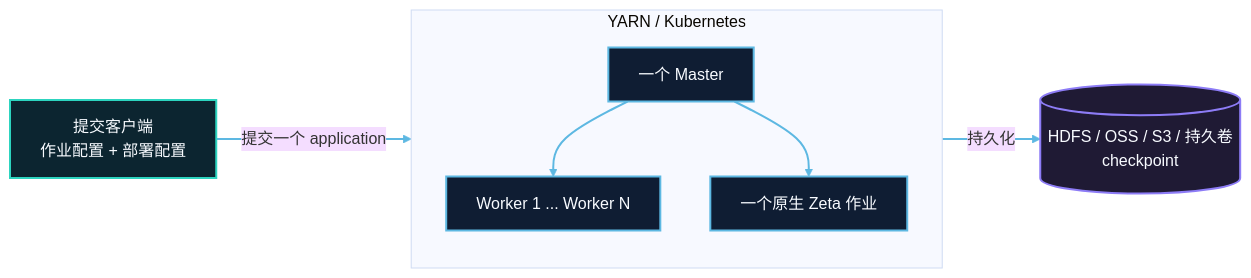
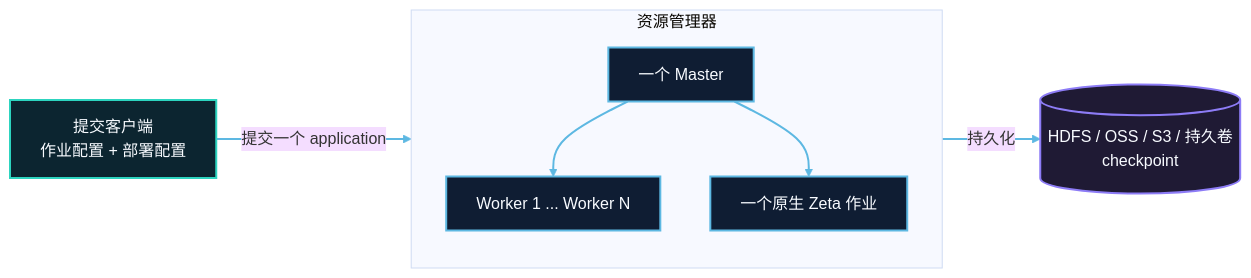
The diagram in docs/zh/getting-started/application/overview.md (apache/seatunnel), drawn with Mermaid (base theme) before and after one commit. The commit also changed 3 other files, not shown here.

Commit message:
[Docs][Zeta] Use resource manager in the application mode architecture diagram

````diff
--- a/docs/zh/getting-started/application/overview.md
+++ b/docs/zh/getting-started/application/overview.md
@@ -12,26 +12,26 @@
 ```mermaid
 flowchart LR
     client["提交客户端<br/>作业配置 + 部署配置"]
 
-    subgraph platform["YARN / Kubernetes"]
+    subgraph platform["资源管理器"]
         direction TB
         master["一个 Master"]
         workers["Worker 1 ... Worker N"]
         job["一个原生 Zeta 作业"]
         master --> workers
         master --> job
     end
 
     checkpoint[("HDFS / OSS / S3 / 持久卷<br/>checkpoint")]
 
     client -->|提交一个 application| master
     job -->|持久化| checkpoint
 
     classDef layerBlue fill:#0f1d33,stroke:#5db8e2,stroke-width:2px,color:#f8fbff;
     classDef layerCyan fill:#0c2530,stroke:#2dd4bf,stroke-width:2px,color:#f8fbff;
     classDef layerPurple fill:#1f1a34,stroke:#8d7cf6,stroke-width:2px,color:#f8fbff;
     class client layerCyan;
     class master,workers,job layerBlue;
     class checkpoint layerPurple;
     linkStyle default stroke:#5db8e2,stroke-width:2px;
 ```
````
